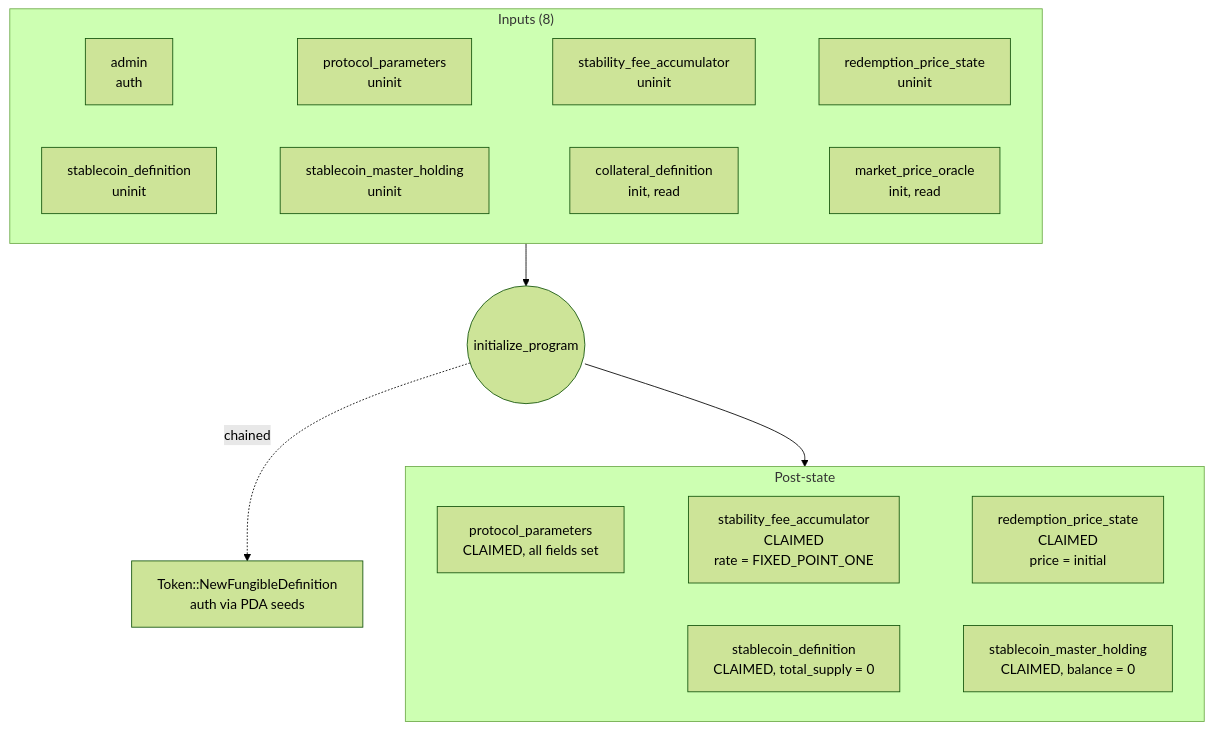
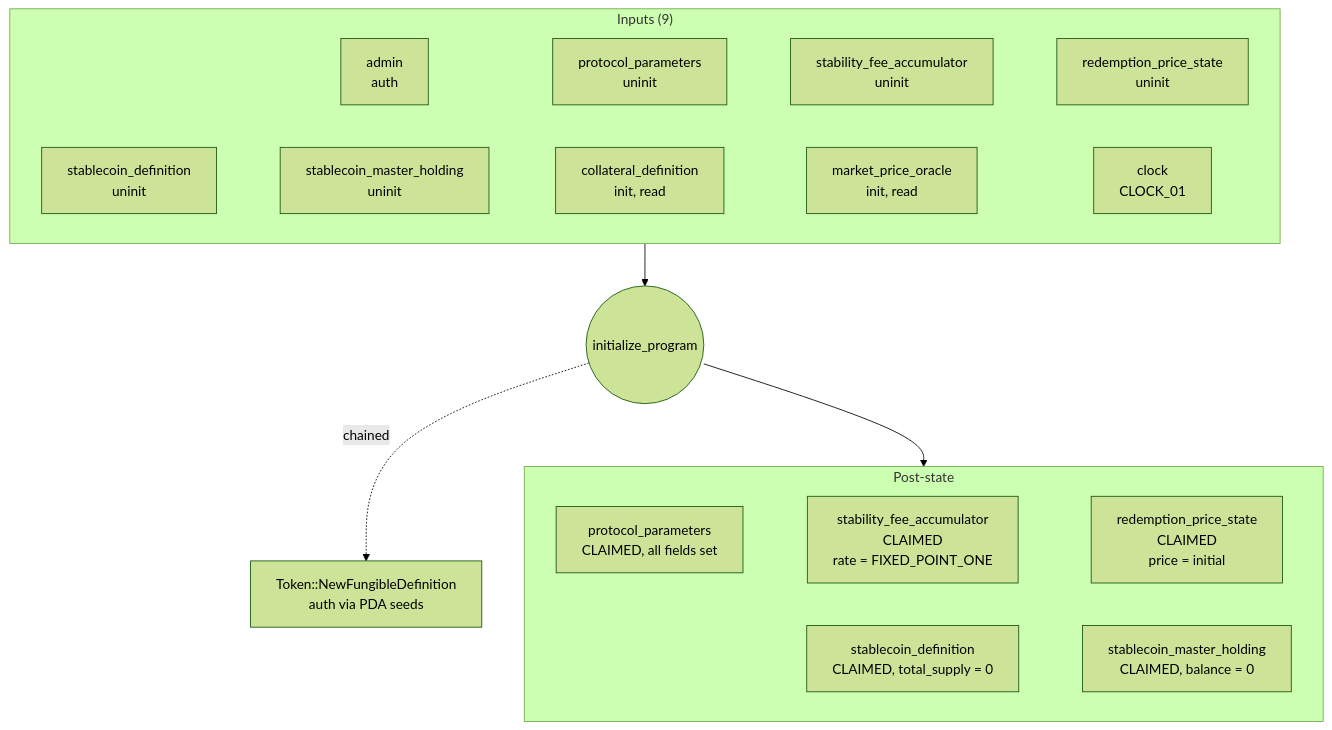
The third of 14 diagrams in docs/stablecoin/README.md (logos-blockchain/lez-programs), drawn with Mermaid (forest theme) before and after one commit. The commit also changed other lines of this file, not shown here.

First line of the commit message:
docs(stablecoin): document the CLOCK_01 clock account

````diff
--- a/docs/stablecoin/README.md
+++ b/docs/stablecoin/README.md
@@ -707,14 +738,14 @@
 ```mermaid
 flowchart TD
-    subgraph In["Inputs (8)"]
+    subgraph In["Inputs (9)"]
         a1[admin<br/>auth] ~~~ a2[protocol_parameters<br/>uninit] ~~~ a3[stability_fee_accumulator<br/>uninit] ~~~ a4[redemption_price_state<br/>uninit]
-        a5[stablecoin_definition<br/>uninit] ~~~ a6[stablecoin_master_holding<br/>uninit] ~~~ a7[collateral_definition<br/>init, read] ~~~ a8[market_price_oracle<br/>init, read]
+        a5[stablecoin_definition<br/>uninit] ~~~ a6[stablecoin_master_holding<br/>uninit] ~~~ a7[collateral_definition<br/>init, read] ~~~ a8[market_price_oracle<br/>init, read] ~~~ a9[clock<br/>CLOCK_01]
     end
     subgraph Post["Post-state"]
         p1[protocol_parameters<br/>CLAIMED, all fields set] ~~~ p2[stability_fee_accumulator<br/>CLAIMED<br/>rate = FIXED_POINT_ONE] ~~~ p3[redemption_price_state<br/>CLAIMED<br/>price = initial]
         p4[stablecoin_definition<br/>CLAIMED, total_supply = 0] ~~~ p5[stablecoin_master_holding<br/>CLAIMED, balance = 0]
     end
     In --> Ins((initialize_program))
     Ins --> Post
     Ins -.chained.-> C1[Token::NewFungibleDefinition<br/>auth via PDA seeds]
 ```
````
